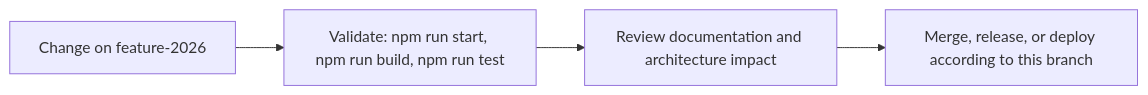
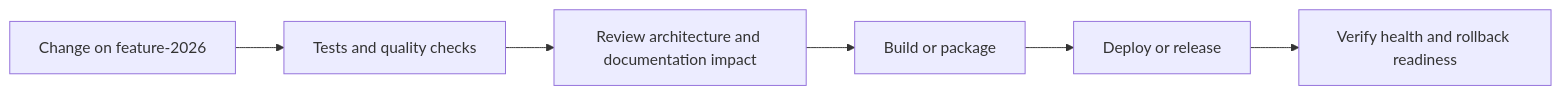
One commit to Nischhalsubba/Pihub-Investor changed the fifth of 6 diagrams in README.md. Above: the diagram before and after it, drawn with Mermaid. The commit also changed other lines of this file, not shown here.

````diff
--- a/README.md
+++ b/README.md
@@ -63,8 +165,8 @@
 ```mermaid
 flowchart LR
-    CHANGE["Change on feature-2026"]
-    CHECK["Validate: npm run start, npm run build, npm run test"]
-    REVIEW["Review documentation and architecture impact"]
-    RELEASE["Merge, release, or deploy according to this branch"]
-    CHANGE --> CHECK --> REVIEW --> RELEASE
+    CHANGE["Change on feature-2026"] --> CHECK["Tests and quality checks"]
+    CHECK --> REVIEW["Review architecture and documentation impact"]
+    REVIEW --> BUILD["Build or package"]
+    BUILD --> DEPLOY["Deploy or release"]
+    DEPLOY --> VERIFY["Verify health and rollback readiness"]
 ```
````
